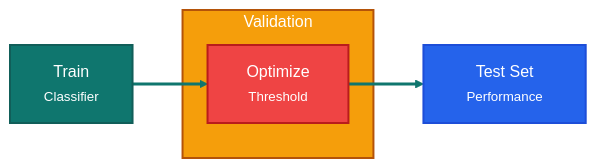
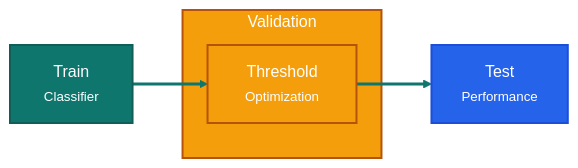
The third of 3 diagrams in README.md (Pablo-Molla-Charlez/SecondaryModel), drawn with Mermaid before and after one commit. The commit also changed other lines of this file, not shown here.

````diff
--- a/README.md
+++ b/README.md
@@ -82,15 +82,15 @@
 ```mermaid
 %%{init: {'theme': 'base', 'themeVariables': { 'primaryColor': '#0f766e', 'primaryBorderColor': '#115e59', 'primaryTextColor': '#ffffff', 'secondaryColor': '#f59e0b', 'tertiaryColor': '#dbeafe', 'lineColor': '#0f172a', 'background': '#ffffff'}}}%%
 flowchart LR
-    subgraph Validation ["Validation<br/><br/><br/><br/>"]
-        C["&nbsp;&nbsp;Optimize&nbsp;&nbsp;<br/><small>Threshold</small>"]:::opt
+    subgraph Val ["Validation<br/><br/><br/><br/>"]
+        C["&nbsp;&nbsp;Threshold&nbsp;&nbsp;<br/><small>Optimization</small>"]:::val
     end
-    style Validation fill:#f59e0b,stroke:#b45309,stroke-width:2px,color:#ffffff
+    style Val fill:#f59e0b,stroke:#b45309,stroke-width:2px,color:#ffffff
     A["&nbsp;&nbsp;&nbsp;Train&nbsp;&nbsp;&nbsp;<br/><small>Classifier</small>"]:::train --> C
-    D["&nbsp;&nbsp;&nbsp;&nbsp;&nbsp;Test Set&nbsp;&nbsp;&nbsp;&nbsp;&nbsp;<br/><small>Performance</small>"]:::test
+    D["&nbsp;&nbsp;&nbsp;&nbsp;&nbsp;Test&nbsp;&nbsp;&nbsp;&nbsp;&nbsp;<br/><small>Performance</small>"]:::test
     C --> D
     classDef train fill:#0f766e,stroke:#115e59,color:#ffffff,stroke-width:2px;
-    classDef opt   fill:#ef4444,stroke:#b91c1c,color:#ffffff,stroke-width:2px;
+    classDef val   fill:#f59e0b,stroke:#b45309,color:#ffffff,stroke-width:2px;
     classDef test  fill:#2563eb,stroke:#1d4ed8,color:#ffffff,stroke-width:2px;
     linkStyle default stroke:#0f766e,stroke-width:3px;
 ```
````
